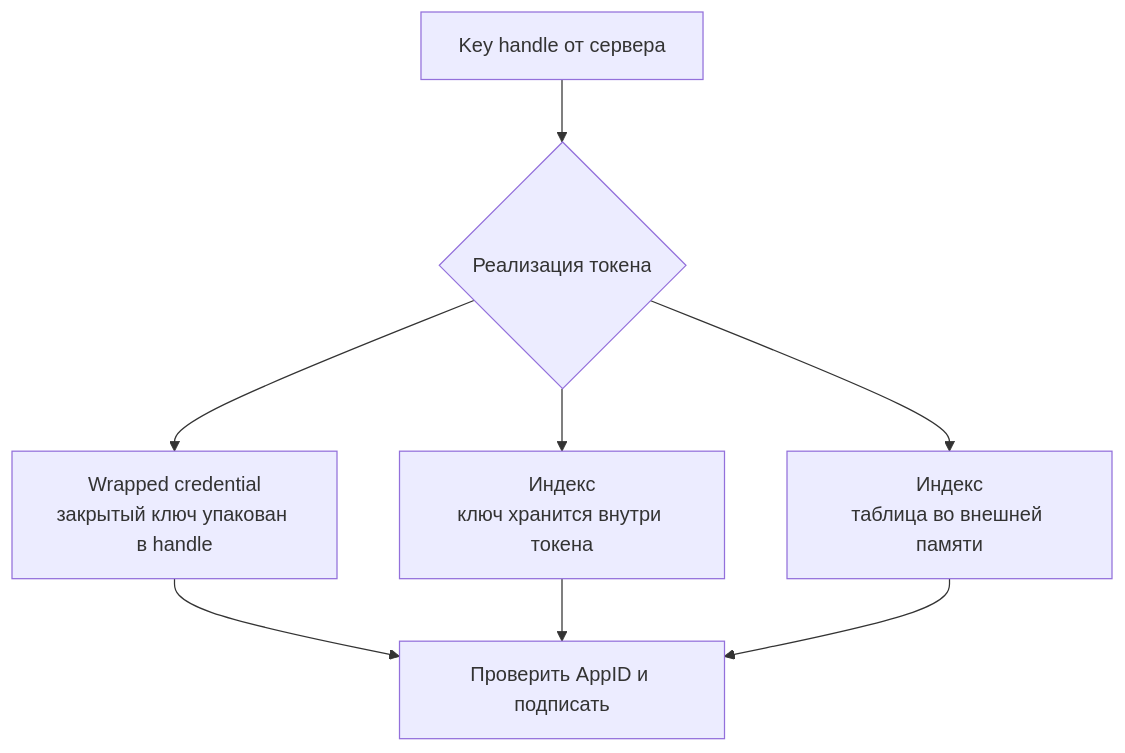
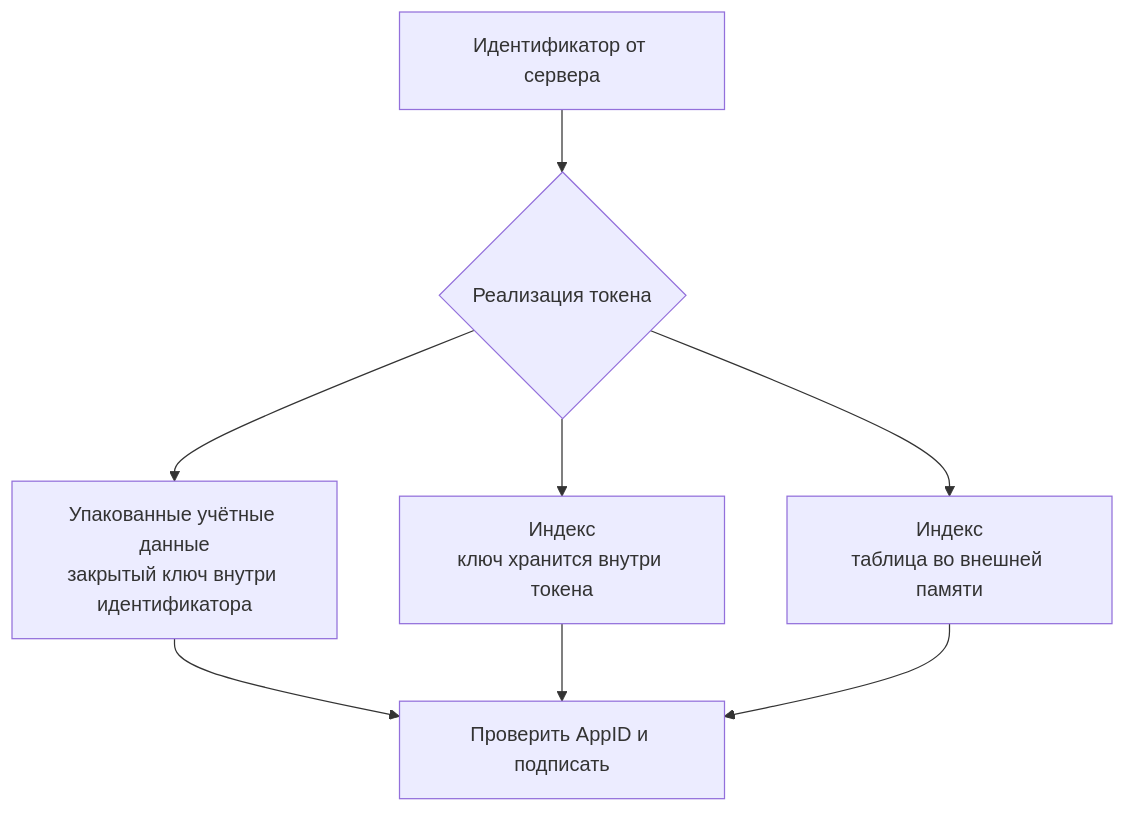
Before and after one commit to zapret-discordyoutube/todo: the second of 2 diagrams in FIDO/u2f.md, drawn with Mermaid. The commit also changed other lines of this file and 8 other files, not shown here.

````diff
--- a/FIDO/u2f.md
+++ b/FIDO/u2f.md
@@ -98,10 +134,10 @@
 ```mermaid
 flowchart TD
-    Handle["Key handle от сервера"] --> Choice{"Реализация токена"}
-    Choice --> Wrapped["Wrapped credential<br>закрытый ключ упакован в handle"]
+    Handle["Идентификатор от сервера"] --> Choice{"Реализация токена"}
+    Choice --> Wrapped["Упакованные учётные данные<br>закрытый ключ внутри идентификатора"]
     Choice --> Internal["Индекс<br>ключ хранится внутри токена"]
     Choice --> External["Индекс<br>таблица во внешней памяти"]
     Wrapped --> Sign["Проверить AppID и подписать"]
     Internal --> Sign
     External --> Sign
 ```
````
